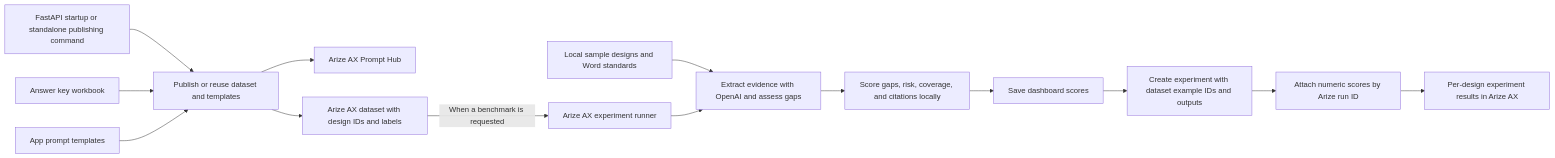
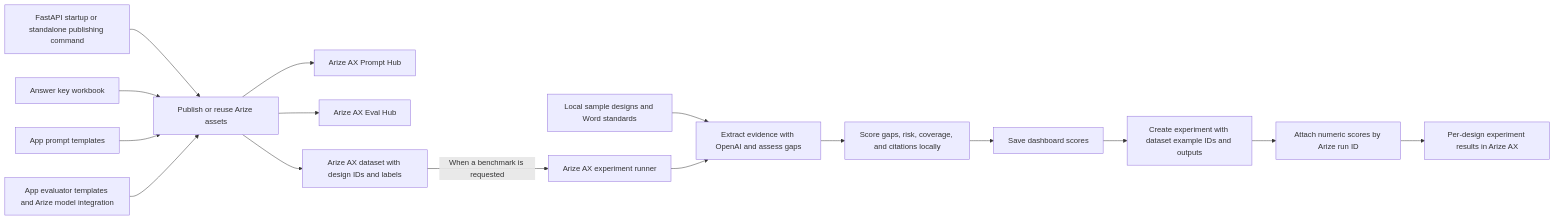
Before and after one commit to girisheduru/archgovasst: the tenth of 13 diagrams in flowdiagrams.md, drawn with Mermaid. The commit also changed other lines of this file and 13 other files, not shown here.

````diff
--- a/flowdiagrams.md
+++ b/flowdiagrams.md
@@ -261,16 +261,18 @@
 ```mermaid
 flowchart LR
     Startup["FastAPI startup or standalone publishing command"] --> Publisher
-    Workbook["Answer key workbook"] --> Publisher["Publish or reuse dataset and templates"]
+    Workbook["Answer key workbook"] --> Publisher["Publish or reuse Arize assets"]
     Prompts["App prompt templates"] --> Publisher
     Publisher --> Hub["Arize AX Prompt Hub"]
+    Rubrics["App evaluator templates and Arize model integration"] --> Publisher
+    Publisher --> EvalHub["Arize AX Eval Hub"]
     Publisher --> Dataset["Arize AX dataset with design IDs and labels"]
     Dataset -->|"When a benchmark is requested"| SDK["Arize AX experiment runner"]
     Docs["Local sample designs and Word standards"] --> Review["Extract evidence with OpenAI and assess gaps"]
     SDK --> Review
     Review --> Score["Score gaps, risk, coverage, and citations locally"]
     Score --> Reports["Save dashboard scores"]
     Reports --> Upload["Create experiment with dataset example IDs and outputs"]
     Upload --> Annotate["Attach numeric scores by Arize run ID"]
     Annotate --> AX["Per-design experiment results in Arize AX"]
 ```
````
